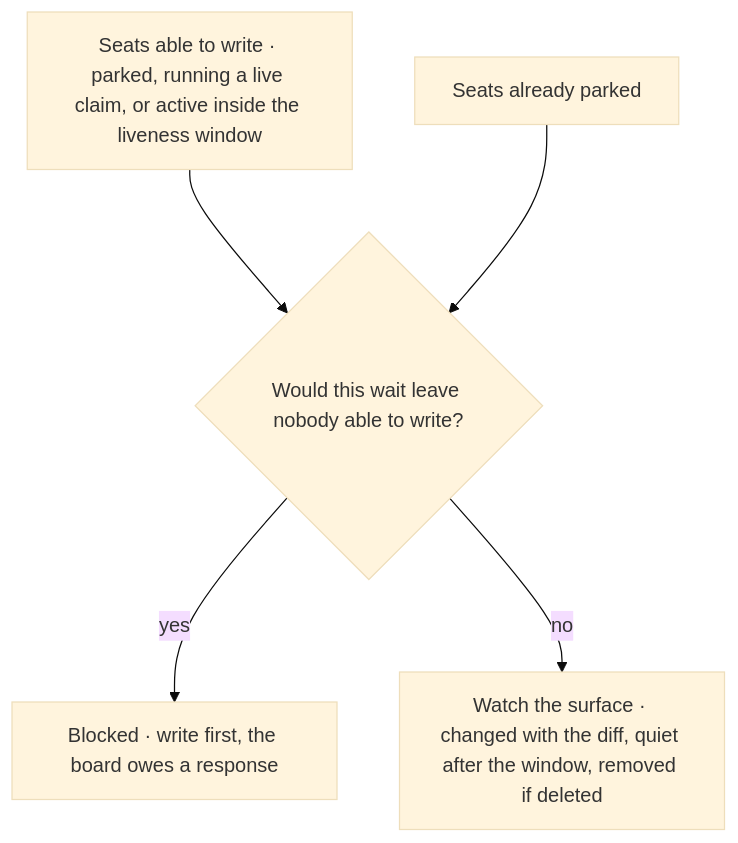
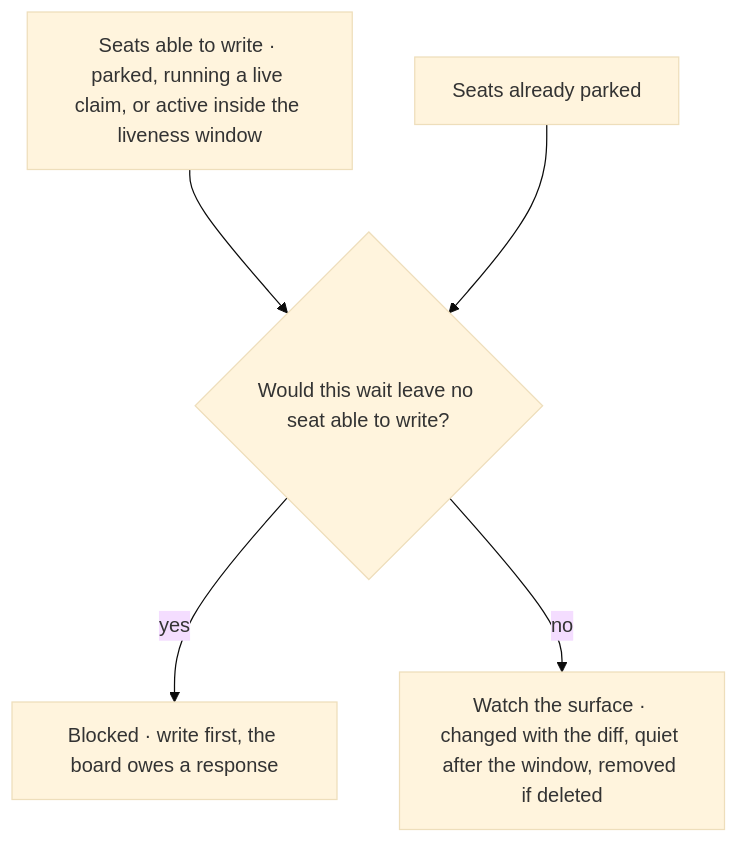
One commit to Varietyz/Disciplined-AI-Software-Development changed diagram 11 of 16 in COLLABORATE.md. Above: the diagram before and after it, drawn with Mermaid (base theme). The commit also changed other lines of this file and 25 other files, not shown here.

````diff
--- a/COLLABORATE.md
+++ b/COLLABORATE.md
@@ -387,12 +371,12 @@
 ```mermaid
 flowchart TB
 able["Seats able to write · parked, running a live claim, or active inside the liveness window"]
 waiting["Seats already parked"]
-cap{"Would this wait leave nobody able to write?"}
+cap{"Would this wait leave no seat able to write?"}
 blocked["Blocked · write first, the board owes a response"]
 watch["Watch the surface · changed with the diff, quiet after the window, removed if deleted"]
 able --> cap
 waiting --> cap
 cap -- yes --> blocked
 cap -- no --> watch
 ```
````
